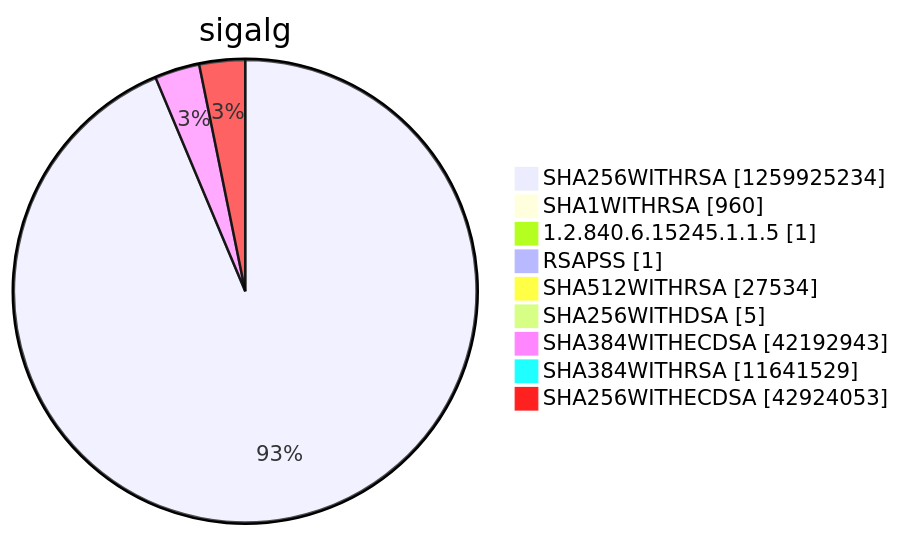
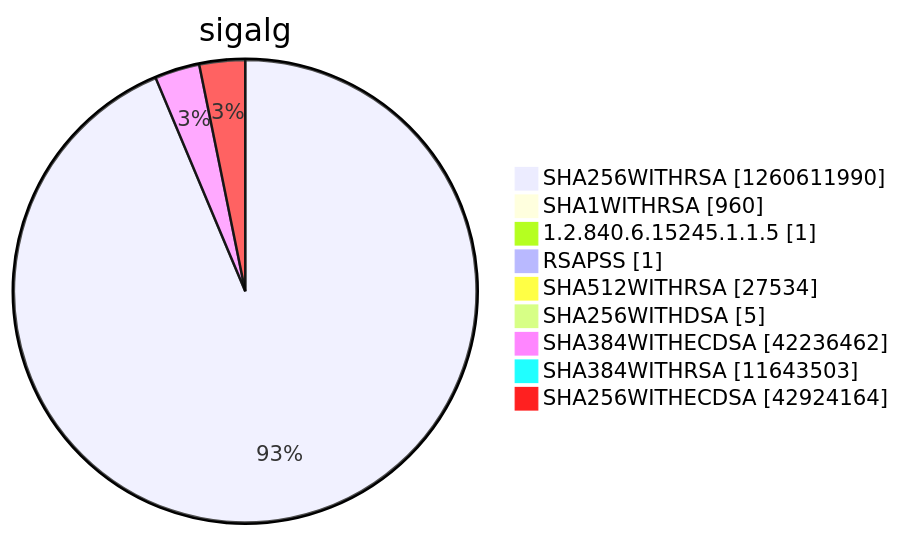
One commit to christiankrug/ctmonitor_visualization changed diagram 15 of 15 in argon2022/README.md. Above: the diagram before and after it, drawn with Mermaid. The commit also changed other lines of this file, not shown here.

````diff
--- a/argon2022/README.md
+++ b/argon2022/README.md
@@ -5522,13 +5522,13 @@
 ```mermaid
 pie showData
 title sigalg
-"SHA256WITHRSA" :1259925234
+"SHA256WITHRSA" :1260611990
 "SHA1WITHRSA" :960
 "1.2.840.6.15245.1.1.5" :1
 "RSAPSS" :1
 "SHA512WITHRSA" :27534
 "SHA256WITHDSA" :5
-"SHA384WITHECDSA" :42192943
-"SHA384WITHRSA" :11641529
-"SHA256WITHECDSA" :42924053
+"SHA384WITHECDSA" :42236462
+"SHA384WITHRSA" :11643503
+"SHA256WITHECDSA" :42924164
 ```
````
